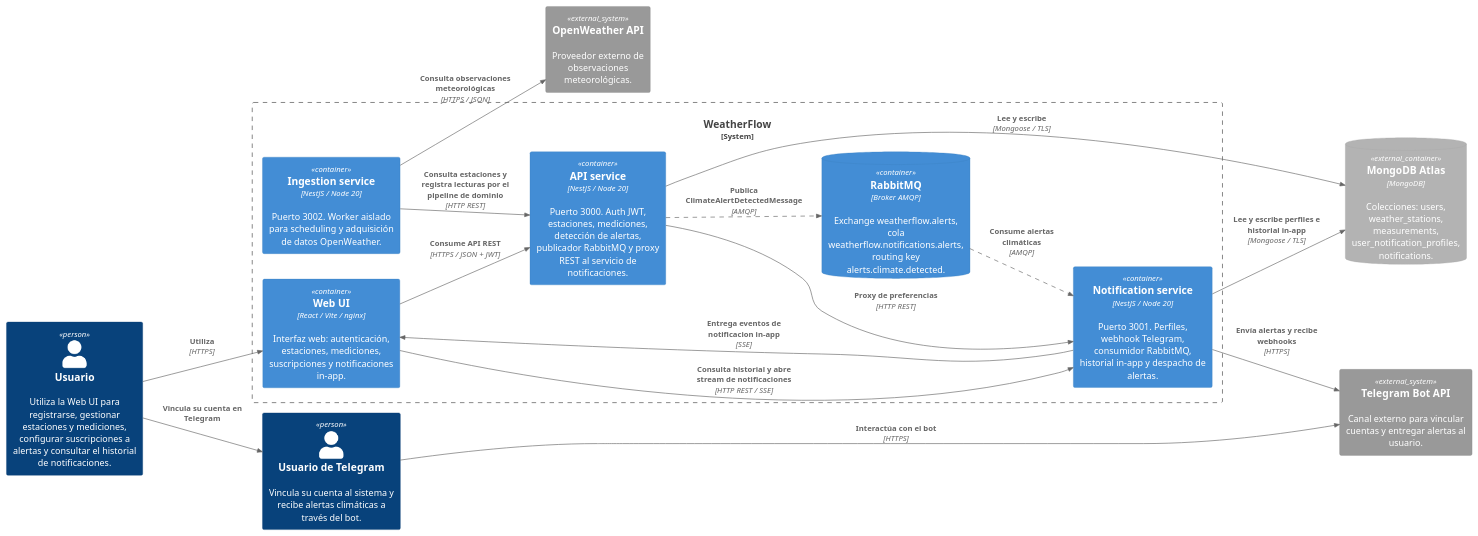
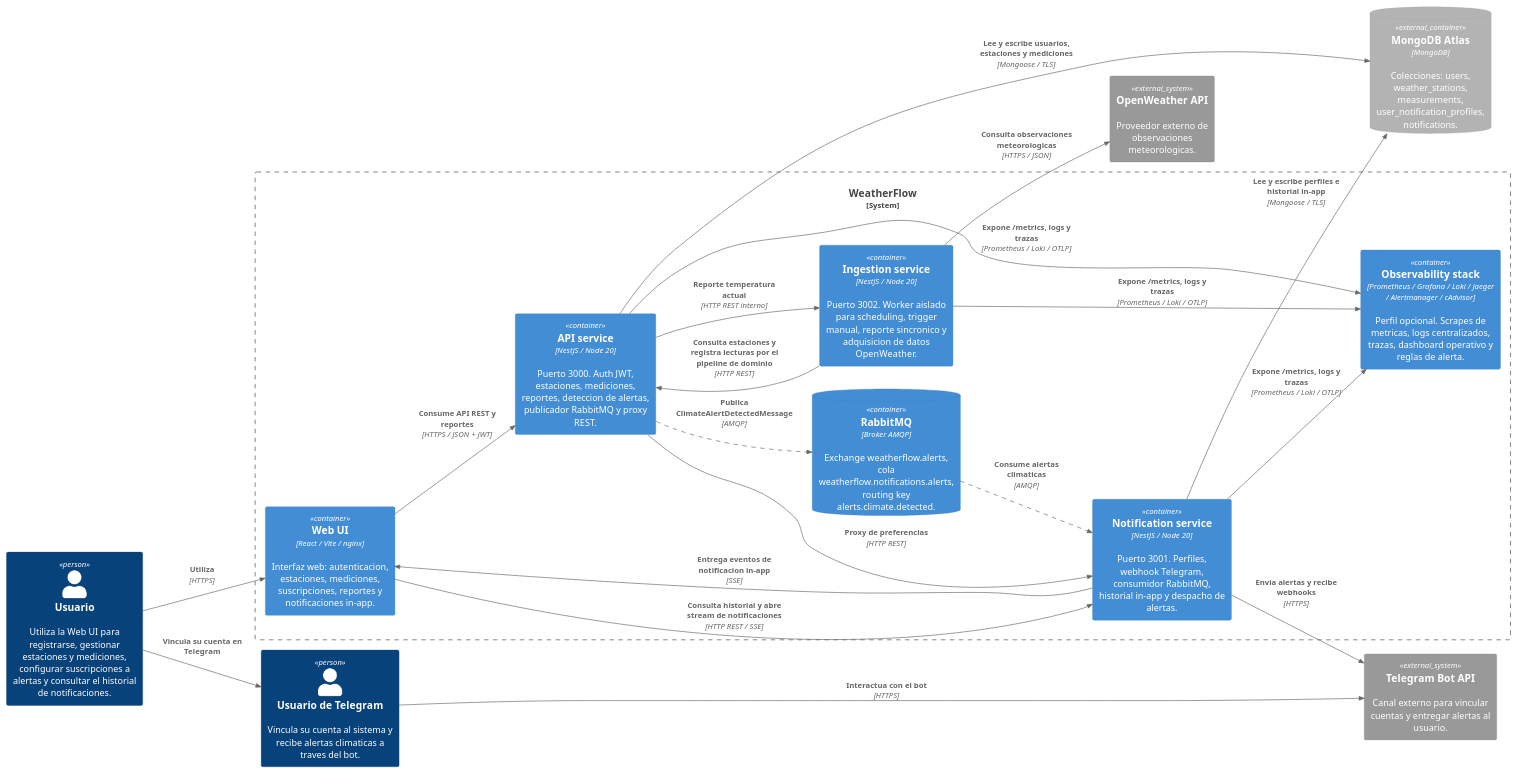
One commit to LattanzioB/WheaterFlow changed the diagram in docs/architecture/c4/c4_level_2_container.plantuml. Above: the diagram before and after it, drawn with PlantUML. The commit also changed 16 other files, not shown here.

Commit message:
docs(e03): complete delivery iii architecture docs

```diff
--- a/docs/architecture/c4/c4_level_2_container.plantuml
+++ b/docs/architecture/c4/c4_level_2_container.plantuml
@@ -1,39 +1,44 @@
 @startuml c4_level_2_container
 !include https://raw.githubusercontent.com/plantuml-stdlib/C4-PlantUML/master/C4_Container.puml
 
 AddRelTag("async", $lineStyle=DashedLine())
 
 LAYOUT_LEFT_RIGHT()
 
 Person(usuario, "Usuario", "Utiliza la Web UI para registrarse, gestionar estaciones y mediciones, configurar suscripciones a alertas y consultar el historial de notificaciones.")
-Person(usuarioTelegram, "Usuario de Telegram", "Vincula su cuenta al sistema y recibe alertas climáticas a través del bot.")
+Person(usuarioTelegram, "Usuario de Telegram", "Vincula su cuenta al sistema y recibe alertas climaticas a traves del bot.")
 
 System_Ext(telegram, "Telegram Bot API", "Canal externo para vincular cuentas y entregar alertas al usuario.")
-System_Ext(openweather, "OpenWeather API", "Proveedor externo de observaciones meteorológicas.")
+System_Ext(openweather, "OpenWeather API", "Proveedor externo de observaciones meteorologicas.")
 ContainerDb_Ext(mongoAtlas, "MongoDB Atlas", "MongoDB", "Colecciones: users, weather_stations, measurements, user_notification_profiles, notifications.")
 
 System_Boundary(weatherflow, "WeatherFlow") {
-  Container(web, "Web UI", "React / Vite / nginx", "Interfaz web: autenticación, estaciones, mediciones, suscripciones y notificaciones in-app.")
-  Container(api, "API service", "NestJS / Node 20", "Puerto 3000. Auth JWT, estaciones, mediciones, detección de alertas, publicador RabbitMQ y proxy REST al servicio de notificaciones.")
+  Container(web, "Web UI", "React / Vite / nginx", "Interfaz web: autenticacion, estaciones, mediciones, suscripciones, reportes y notificaciones in-app.")
+  Container(api, "API service", "NestJS / Node 20", "Puerto 3000. Auth JWT, estaciones, mediciones, reportes, deteccion de alertas, publicador RabbitMQ y proxy REST.")
   Container(notifications, "Notification service", "NestJS / Node 20", "Puerto 3001. Perfiles, webhook Telegram, consumidor RabbitMQ, historial in-app y despacho de alertas.")
-  Container(ingestion, "Ingestion service", "NestJS / Node 20", "Puerto 3002. Worker aislado para scheduling y adquisición de datos OpenWeather.")
+  Container(ingestion, "Ingestion service", "NestJS / Node 20", "Puerto 3002. Worker aislado para scheduling, trigger manual, reporte sincronico y adquisicion de datos OpenWeather.")
   ContainerDb(rabbit, "RabbitMQ", "Broker AMQP", "Exchange weatherflow.alerts, cola weatherflow.notifications.alerts, routing key alerts.climate.detected.")
+  Container(observability, "Observability stack", "Prometheus / Grafana / Loki / Jaeger / Alertmanager / cAdvisor", "Perfil opcional. Scrapes de metricas, logs centralizados, trazas, dashboard operativo y reglas de alerta.")
 }
 
-Rel(api, mongoAtlas, "Lee y escribe", "Mongoose / TLS")
+Rel(api, mongoAtlas, "Lee y escribe usuarios, estaciones y mediciones", "Mongoose / TLS")
 Rel(notifications, mongoAtlas, "Lee y escribe perfiles e historial in-app", "Mongoose / TLS")
 
 Rel(usuario, usuarioTelegram, "Vincula su cuenta en Telegram", "")
 Rel(usuario, web, "Utiliza", "HTTPS")
-Rel(web, api, "Consume API REST", "HTTPS / JSON + JWT")
+Rel(web, api, "Consume API REST y reportes", "HTTPS / JSON + JWT")
 Rel(web, notifications, "Consulta historial y abre stream de notificaciones", "HTTP REST / SSE")
 Rel(api, notifications, "Proxy de preferencias", "HTTP REST")
-Rel(ingestion, openweather, "Consulta observaciones meteorológicas", "HTTPS / JSON")
+Rel(api, ingestion, "Reporte temperatura actual", "HTTP REST interno")
+Rel(ingestion, openweather, "Consulta observaciones meteorologicas", "HTTPS / JSON")
 Rel(ingestion, api, "Consulta estaciones y registra lecturas por el pipeline de dominio", "HTTP REST")
 Rel(api, rabbit, "Publica ClimateAlertDetectedMessage", "AMQP", $tags="async")
-Rel(rabbit, notifications, "Consume alertas climáticas", "AMQP", $tags="async")
+Rel(rabbit, notifications, "Consume alertas climaticas", "AMQP", $tags="async")
 Rel(notifications, web, "Entrega eventos de notificacion in-app", "SSE")
-Rel(notifications, telegram, "Envía alertas y recibe webhooks", "HTTPS")
-Rel(usuarioTelegram, telegram, "Interactúa con el bot", "HTTPS")
+Rel(notifications, telegram, "Envia alertas y recibe webhooks", "HTTPS")
+Rel(usuarioTelegram, telegram, "Interactua con el bot", "HTTPS")
+Rel(api, observability, "Expone /metrics, logs y trazas", "Prometheus / Loki / OTLP")
+Rel(notifications, observability, "Expone /metrics, logs y trazas", "Prometheus / Loki / OTLP")
+Rel(ingestion, observability, "Expone /metrics, logs y trazas", "Prometheus / Loki / OTLP")
 
 @enduml
```
